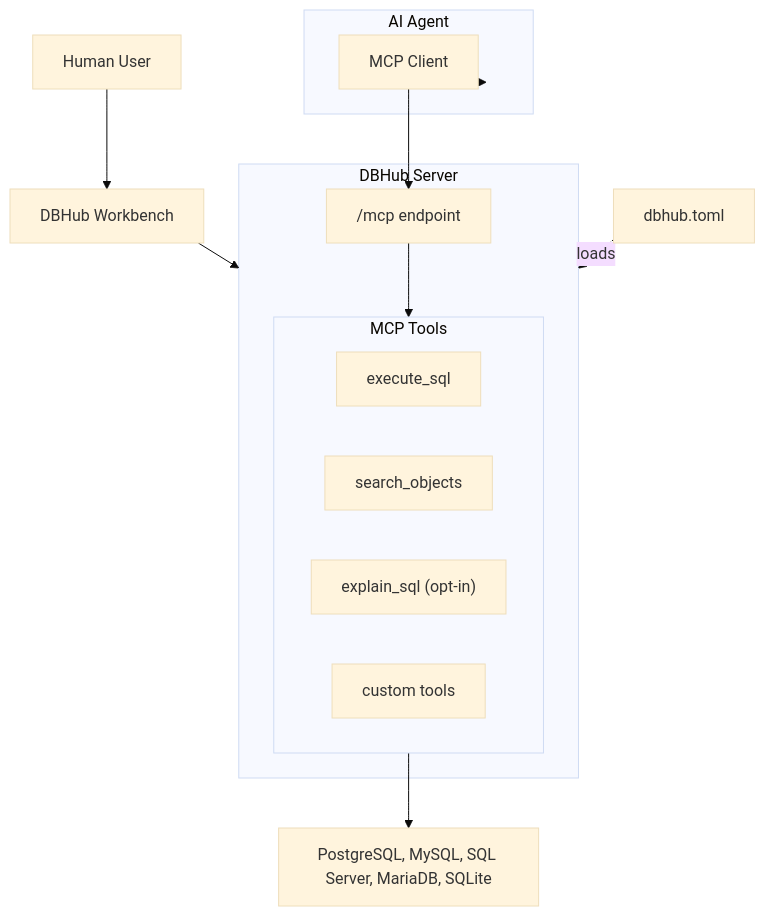
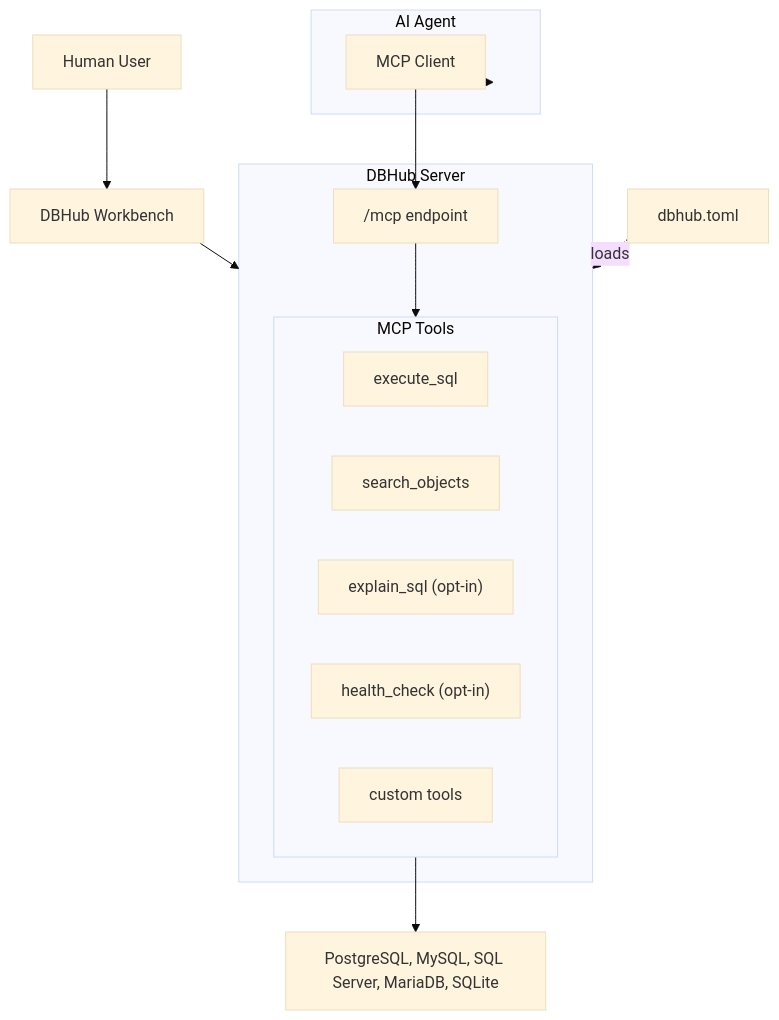
Before and after one commit to bytebase/dbhub: the diagram in docs/index.mdx, drawn with Mermaid (base theme). The commit also changed other lines of this file and 30 other files, not shown here.

````diff
--- a/docs/index.mdx
+++ b/docs/index.mdx
@@ -66,41 +67,42 @@
 ```mermaid
 flowchart TB
     %% Human User
     User["Human User"]
 
     %% Workbench
     WB["DBHub Workbench"]
 
     %% AI Agent with MCP Client
     subgraph Agent["AI Agent"]
         MC["MCP Client"]
     end
 
     %% Configuration
     Config["dbhub.toml"]
 
     %% DBHub Server
     subgraph DBHub["DBHub Server"]
         MCP["/mcp endpoint"]
         subgraph Tools["MCP Tools"]
             ES["execute_sql"]
             SO["search_objects"]
             EX["explain_sql (opt-in)"]
+            HC["health_check (opt-in)"]
             CT["custom tools"]
         end
     end
 
     %% Databases
     Databases["PostgreSQL, MySQL, SQL Server, MariaDB, SQLite"]
 
     %% Connections
     User --> WB
     WB --> DBHub
 
     Agent --> MC
     MC --> MCP
     MCP --> Tools
 
     Config -.->|loads| DBHub
     Tools --> Databases
 ```
````
